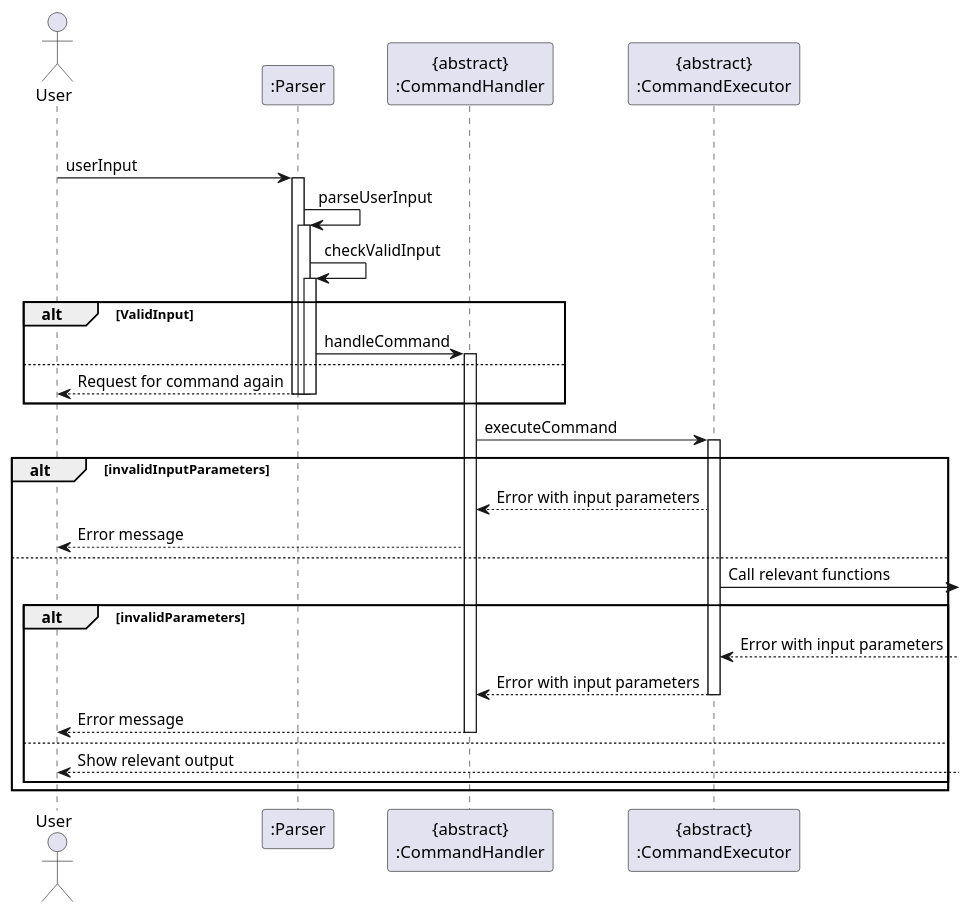
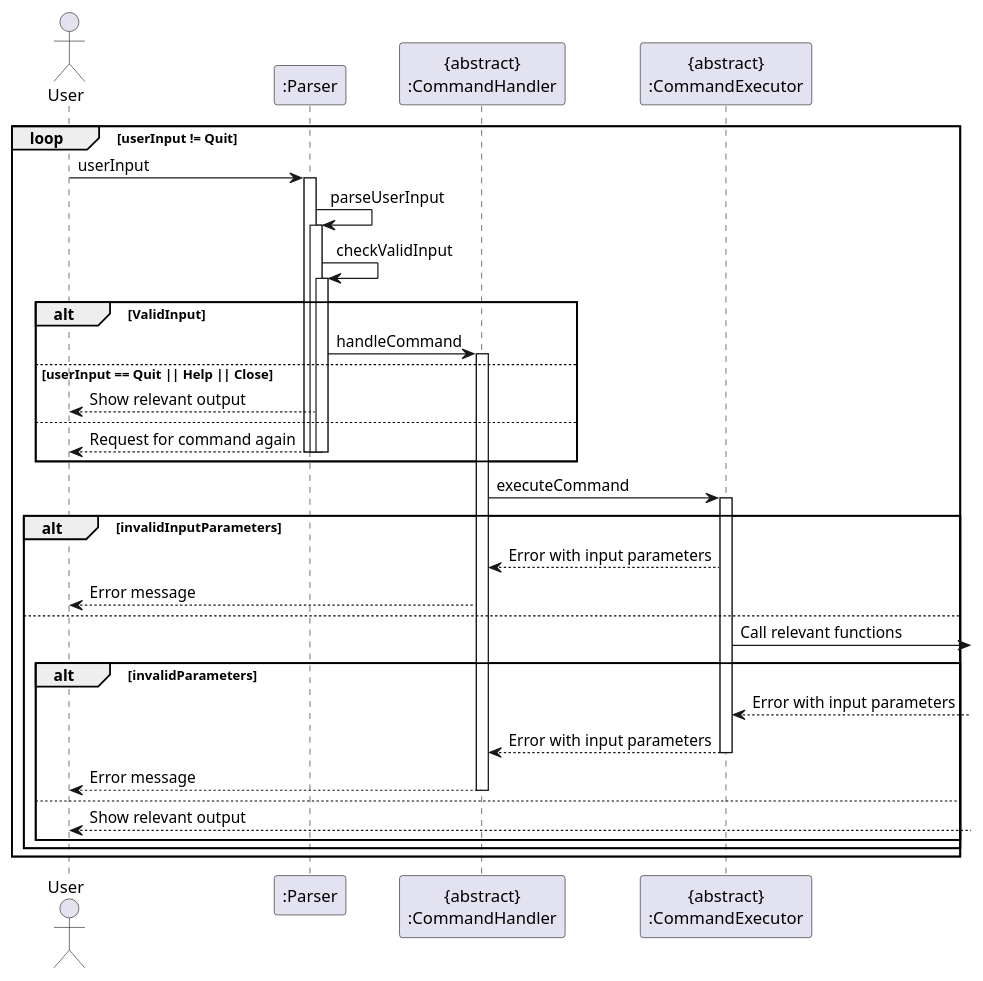
One commit to nus-cs2113-AY2122S1/tp changed the diagram in docs/diagrams/ParserSequenceDiagram.puml. Above: the diagram before and after it, drawn with PlantUML.

```diff
--- a/docs/diagrams/ParserSequenceDiagram.puml
+++ b/docs/diagrams/ParserSequenceDiagram.puml
@@ -1,58 +1,56 @@
 @startuml
 'https://plantuml.com/sequence-diagram
 
 actor User
 participant ":Parser" as Parser
 participant "{abstract}\n:CommandHandler" as CommandHandler
 participant "{abstract}\n:CommandExecutor" as CommandExecutor
 
 'Parser check for valid input
 loop userInput != Quit
 User -> Parser: userInput
 activate Parser
 Parser -> Parser: parseUserInput
 activate Parser
 Parser -> Parser: checkValidInput
 alt ValidInput
 activate Parser
 Parser -> CommandHandler: handleCommand
 activate CommandHandler
+
+else userInput == Quit || Help || Close
+User <-- Parser: Show relevant output
+
 else
 User <-- Parser: Request for command again
+
+
 deactivate Parser
 deactivate Parser
 deactivate Parser
-end
+end ValidInput
 
 CommandHandler -> CommandExecutor: executeCommand
-
 
 activate CommandExecutor
 alt invalidInputParameters
 CommandHandler <-- CommandExecutor: Error with input parameters
 User <-- CommandHandler: Error message
-
 
 else
 CommandExecutor -> : Call relevant functions
 
 alt invalidParameters
 CommandExecutor <-- : Error with input parameters
 CommandHandler <-- CommandExecutor: Error with input parameters
 deactivate CommandExecutor
 User <-- CommandHandler: Error message
 deactivate CommandHandler
 
 else
 User <--  : Show relevant output
 
-
-
-
-
-
-
-
-end
-end
+end invalidInputParameters
+end invalidParameters
+end loop
 @enduml
```
